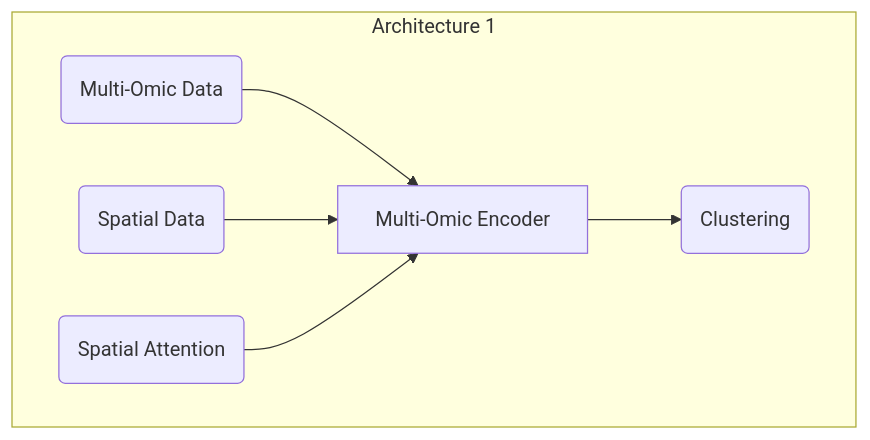
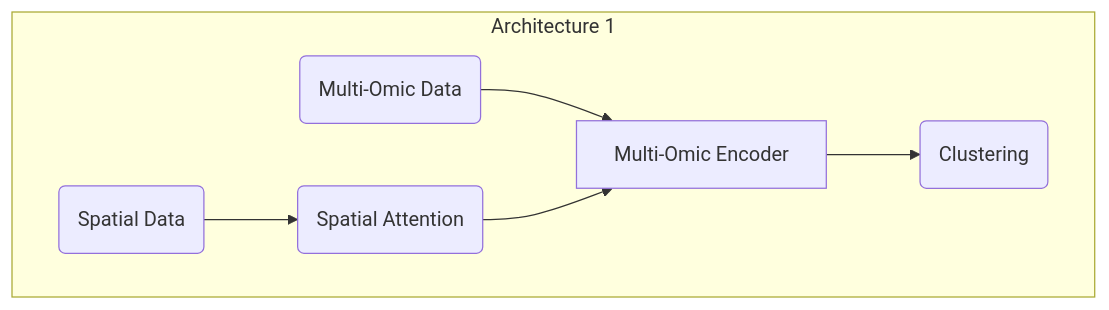
The second of 10 diagrams in flowchart_maybe.md (karanwxliaa/MultiOmics-Research), drawn with Mermaid before and after one commit. The commit also changed other lines of this file, not shown here.

````diff
--- a/flowchart_maybe.md
+++ b/flowchart_maybe.md
@@ -11,15 +11,15 @@
 ```mermaid
 graph TD
 subgraph Architecture 1
     A(Multi-Omic Data)
     B(Spatial Data)
     C(Multi-Omic Autoencoder)
     D(Spatial Attention)
     E(Clustering)
     
     A --> C[Multi-Omic Encoder]
-    B --> C
+    B --> D
     C --> E
     D --> C
     end
 ```
````
